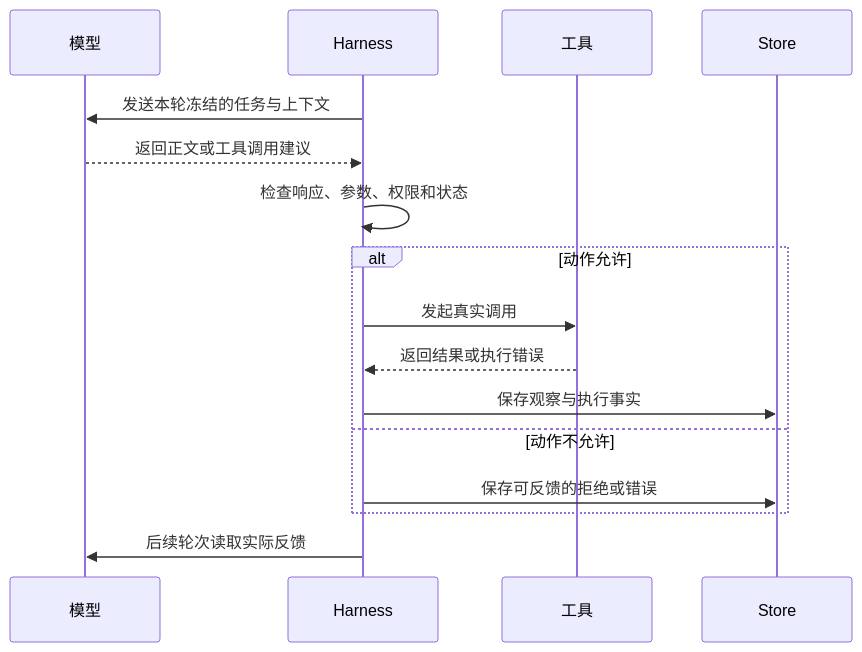
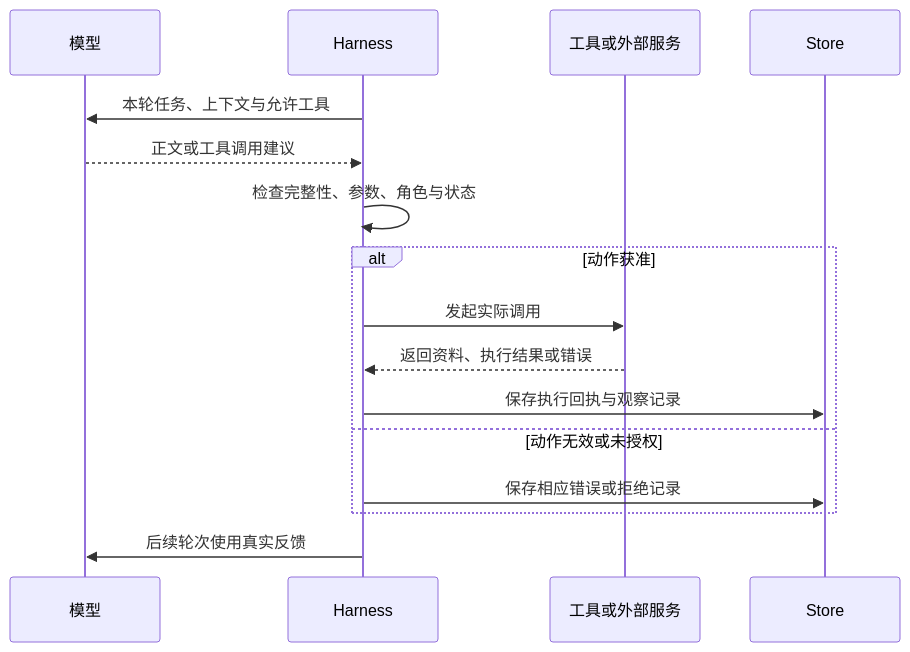
The second of 5 diagrams in docs/technical-handbook/01-overview.md (studyzhige-ui/Epivra), drawn with Mermaid before and after one commit. The commit also changed other lines of this file, not shown here.

Commit message:
docs: revise chapter 01 for architecture reasoning, interview depth and clean chapter boundaries

````diff
--- a/docs/technical-handbook/01-overview.md
+++ b/docs/technical-handbook/01-overview.md
@@ -76,18 +61,18 @@
 ```mermaid
 sequenceDiagram
     participant M as 模型
     participant H as Harness
-    participant T as 工具
+    participant T as 工具或外部服务
     participant S as Store
-    H->>M: 发送本轮冻结的任务与上下文
-    M-->>H: 返回正文或工具调用建议
-    H->>H: 检查响应、参数、权限和状态
-    alt 动作允许
-        H->>T: 发起真实调用
-        T-->>H: 返回结果或执行错误
-        H->>S: 保存观察与执行事实
-    else 动作不允许
-        H->>S: 保存可反馈的拒绝或错误
+    H->>M: 本轮任务、上下文与允许工具
+    M-->>H: 正文或工具调用建议
+    H->>H: 检查完整性、参数、角色与状态
+    alt 动作获准
+        H->>T: 发起实际调用
+        T-->>H: 返回资料、执行结果或错误
+        H->>S: 保存执行回执与观察记录
+    else 动作无效或未授权
+        H->>S: 保存相应错误或拒绝记录
     end
-    H->>M: 后续轮次读取实际反馈
+    H->>M: 后续轮次使用真实反馈
 ```
````
